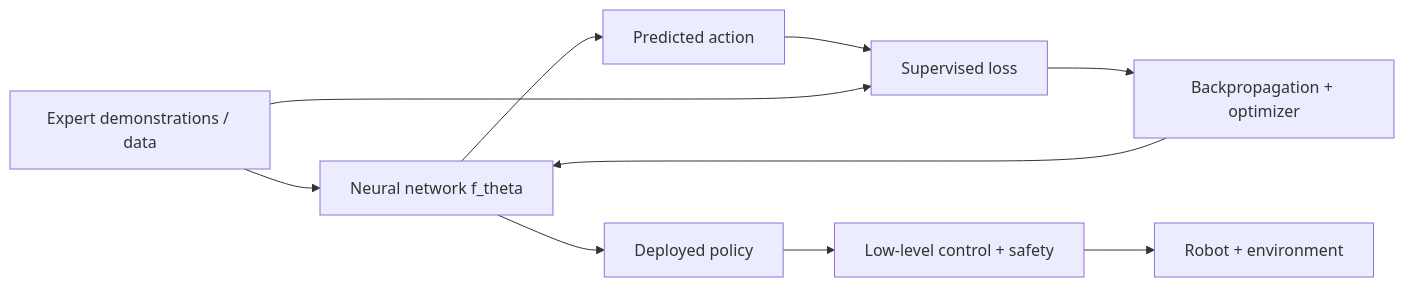
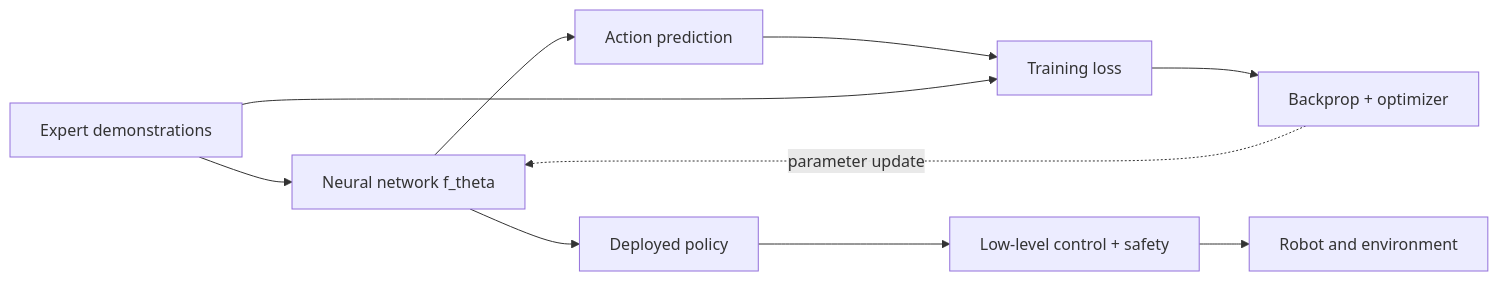
The first of 4 diagrams in md/Deep_Learning_Foundations_EN.md (zengxiong111/Foundation_of_Embodied_AI), drawn with Mermaid before and after one commit. The commit also changed other lines of this file and 10 other files, not shown here.

````diff
--- a/md/Deep_Learning_Foundations_EN.md
+++ b/md/Deep_Learning_Foundations_EN.md
@@ -62,12 +53,12 @@
 ```mermaid
 flowchart LR
-    D[Expert demonstrations / data] --> L[Neural network f_theta]
-    L --> P[Predicted action]
-    P --> E[Supervised loss]
-    D --> E
-    E --> G[Backpropagation + optimizer]
-    G --> L
-    L --> R[Deployed policy]
-    R --> C[Low-level control + safety]
-    C --> B[Robot + environment]
+    D[Expert demonstrations] --> M[Neural network f_theta]
+    M --> A[Action prediction]
+    A --> L[Training loss]
+    D --> L
+    L --> G[Backprop + optimizer]
+    G -.parameter update.-> M
+    M --> P[Deployed policy]
+    P --> C[Low-level control + safety]
+    C --> R[Robot and environment]
 ```
````
